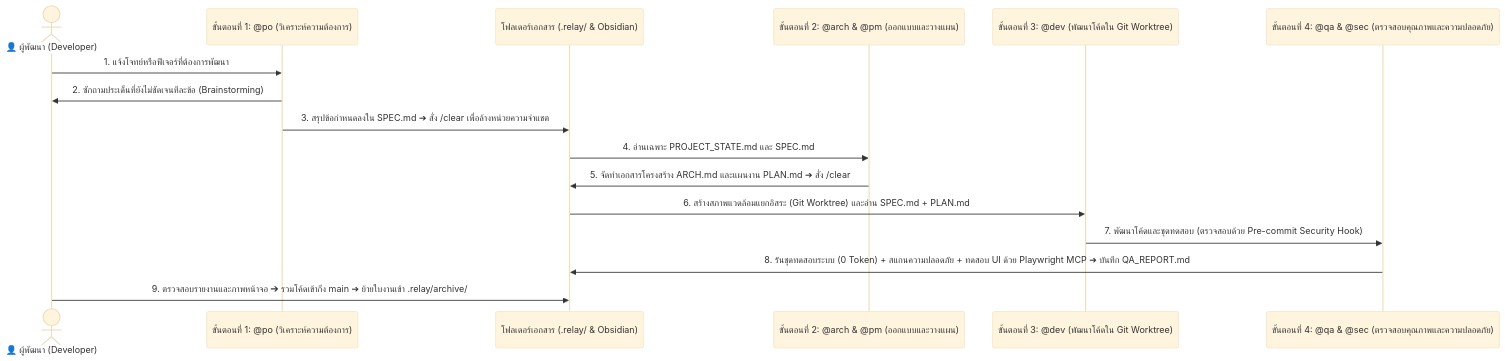
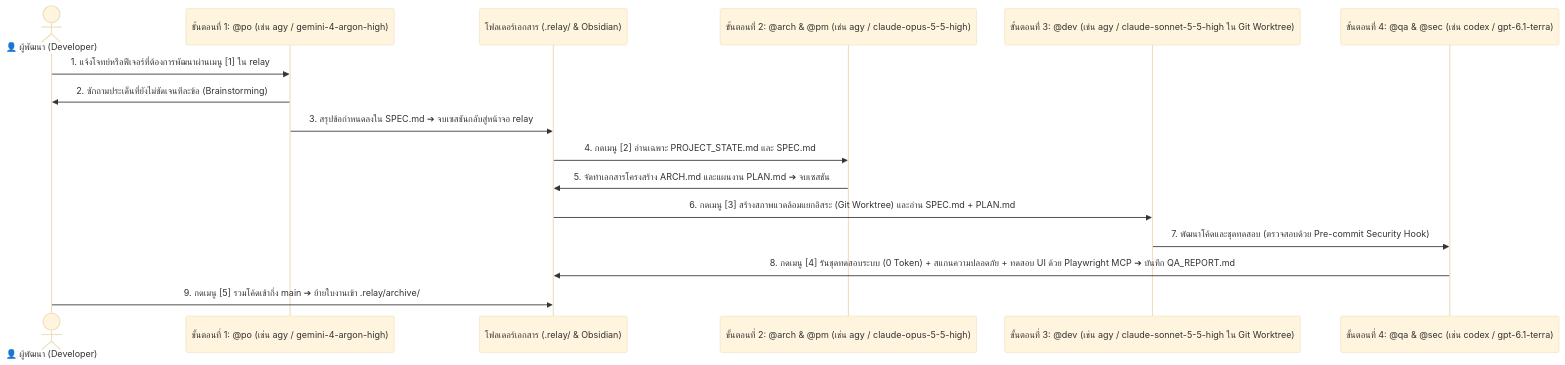
One commit to bosocmputer/RELAY changed the diagram in docs/ARCHITECTURE_DEEP_DIVE.md. Above: the diagram before and after it, drawn with Mermaid (base theme). The commit also changed other lines of this file and 7 other files, not shown here.

````diff
--- a/docs/ARCHITECTURE_DEEP_DIVE.md
+++ b/docs/ARCHITECTURE_DEEP_DIVE.md
@@ -24,19 +24,19 @@
 ```mermaid
 sequenceDiagram
     actor User as 👤 ผู้พัฒนา (Developer)
-    participant P1 as ขั้นตอนที่ 1: @po (วิเคราะห์ความต้องการ)
+    participant P1 as ขั้นตอนที่ 1: @po (เช่น agy / gemini-4-argon-high)
     participant Relay as โฟลเดอร์เอกสาร (.relay/ & Obsidian)
-    participant P2 as ขั้นตอนที่ 2: @arch & @pm (ออกแบบและวางแผน)
-    participant P3 as ขั้นตอนที่ 3: @dev (พัฒนาโค้ดใน Git Worktree)
-    participant P4 as ขั้นตอนที่ 4: @qa & @sec (ตรวจสอบคุณภาพและความปลอดภัย)
+    participant P2 as ขั้นตอนที่ 2: @arch & @pm (เช่น agy / claude-opus-5-5-high)
+    participant P3 as ขั้นตอนที่ 3: @dev (เช่น agy / claude-sonnet-5-5-high ใน Git Worktree)
+    participant P4 as ขั้นตอนที่ 4: @qa & @sec (เช่น codex / gpt-6.1-terra)
 
-    User->>P1: 1. แจ้งโจทย์หรือฟีเจอร์ที่ต้องการพัฒนา
+    User->>P1: 1. แจ้งโจทย์หรือฟีเจอร์ที่ต้องการพัฒนาผ่านเมนู [1] ใน relay
     P1->>User: 2. ซักถามประเด็นที่ยังไม่ชัดเจนทีละข้อ (Brainstorming)
-    P1->>Relay: 3. สรุปข้อกำหนดลงใน SPEC.md ➔ สั่ง /clear เพื่อล้างหน่วยความจำแชต
-    Relay->>P2: 4. อ่านเฉพาะ PROJECT_STATE.md และ SPEC.md
-    P2->>Relay: 5. จัดทำเอกสารโครงสร้าง ARCH.md และแผนงาน PLAN.md ➔ สั่ง /clear
-    Relay->>P3: 6. สร้างสภาพแวดล้อมแยกอิสระ (Git Worktree) และอ่าน SPEC.md + PLAN.md
+    P1->>Relay: 3. สรุปข้อกำหนดลงใน SPEC.md ➔ จบเซสชันกลับสู่หน้าจอ relay
+    Relay->>P2: 4. กดเมนู [2] อ่านเฉพาะ PROJECT_STATE.md และ SPEC.md
+    P2->>Relay: 5. จัดทำเอกสารโครงสร้าง ARCH.md และแผนงาน PLAN.md ➔ จบเซสชัน
+    Relay->>P3: 6. กดเมนู [3] สร้างสภาพแวดล้อมแยกอิสระ (Git Worktree) และอ่าน SPEC.md + PLAN.md
     P3->>P4: 7. พัฒนาโค้ดและชุดทดสอบ (ตรวจสอบด้วย Pre-commit Security Hook)
-    P4->>Relay: 8. รันชุดทดสอบระบบ (0 Token) + สแกนความปลอดภัย + ทดสอบ UI ด้วย Playwright MCP ➔ บันทึก QA_REPORT.md
-    User->>Relay: 9. ตรวจสอบรายงานและภาพหน้าจอ ➔ รวมโค้ดเข้ากิ่ง main ➔ ย้ายใบงานเข้า .relay/archive/
+    P4->>Relay: 8. กดเมนู [4] รันชุดทดสอบระบบ (0 Token) + สแกนความปลอดภัย + ทดสอบ UI ด้วย Playwright MCP ➔ บันทึก QA_REPORT.md
+    User->>Relay: 9. กดเมนู [5] รวมโค้ดเข้ากิ่ง main ➔ ย้ายใบงานเข้า .relay/archive/
 ```
````
